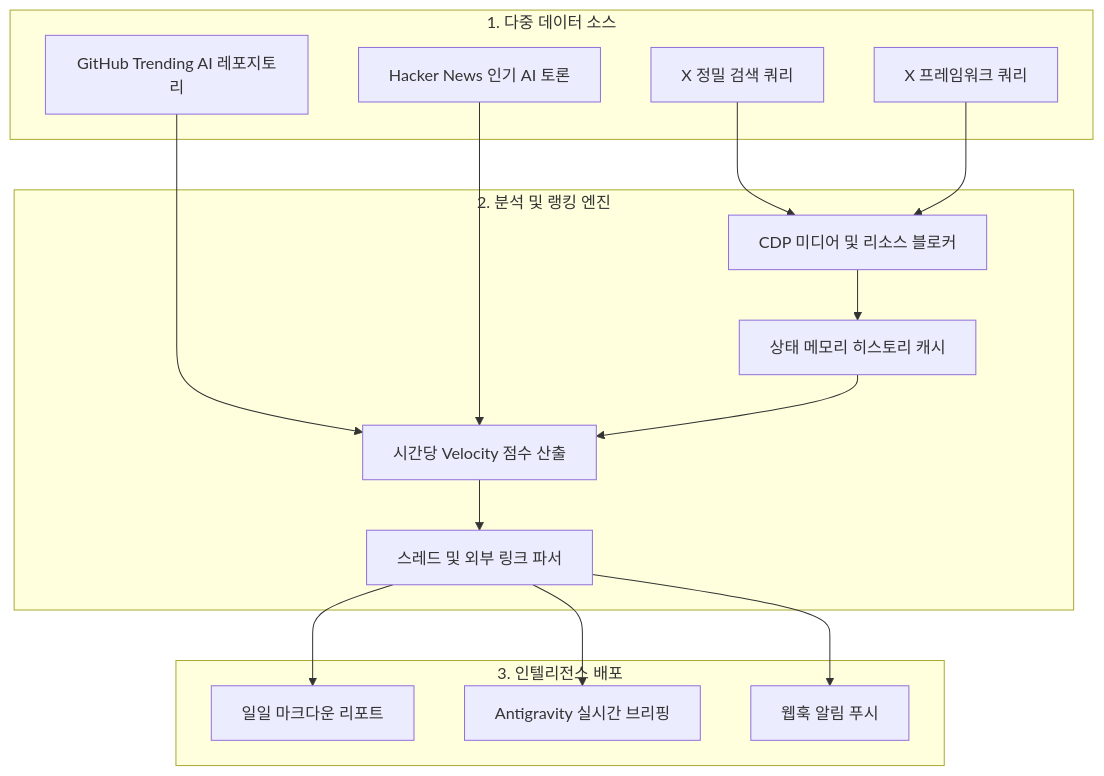
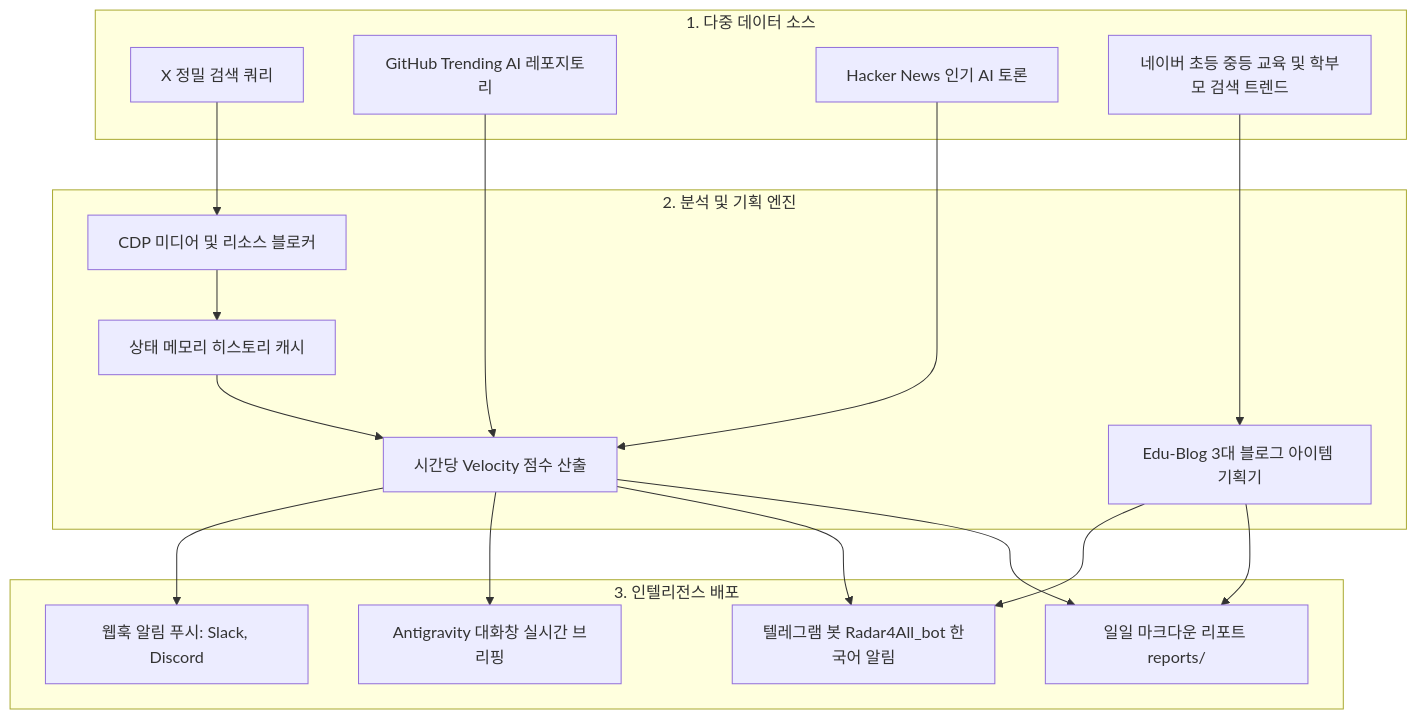
Before and after one commit to nanbada/X-AI-Radar: the diagram in README_KO.md, drawn with Mermaid. The commit also changed other lines of this file and 3 other files, not shown here.

Commit message:
docs: sync all documentation (README, README_KO, SKILL, AGENTS) with v2.2 dual-engine architecture

````diff
--- a/README_KO.md
+++ b/README_KO.md
@@ -50,33 +55,36 @@
 ```mermaid
 graph TD
     subgraph S1 [1. 다중 데이터 소스]
         A1[X 정밀 검색 쿼리]
-        A2[X 프레임워크 쿼리]
-        A3[GitHub Trending AI 레포지토리]
-        A4[Hacker News 인기 AI 토론]
+        A2[GitHub Trending AI 레포지토리]
+        A3[Hacker News 인기 AI 토론]
+        A4[네이버 초등 중등 교육 및 학부모 검색 트렌드]
     end
 
-    subgraph S2 [2. 분석 및 랭킹 엔진]
+    subgraph S2 [2. 분석 및 기획 엔진]
         B1[CDP 미디어 및 리소스 블로커]
         B2[상태 메모리 히스토리 캐시]
         B3[시간당 Velocity 점수 산출]
-        B4[스레드 및 외부 링크 파서]
+        B4[Edu-Blog 3대 블로그 아이템 기획기]
     end
 
     subgraph S3 [3. 인텔리전스 배포]
-        C1[일일 마크다운 리포트]
-        C2[Antigravity 실시간 브리핑]
-        C3[웹훅 알림 푸시]
+        C1[일일 마크다운 리포트 reports/]
+        C2[Antigravity 대화창 실시간 브리핑]
+        C3[텔레그램 봇 Radar4All_bot 한국어 알림]
+        C4[웹훅 알림 푸시: Slack, Discord]
     end
 
     A1 --> B1
-    A2 --> B1
+    A2 --> B3
     A3 --> B3
-    A4 --> B3
+    A4 --> B4
     B1 --> B2
     B2 --> B3
-    B3 --> B4
+    B3 --> C1
+    B3 --> C3
     B4 --> C1
-    B4 --> C2
     B4 --> C3
+    B3 --> C2
+    B3 --> C4
 ```
````
